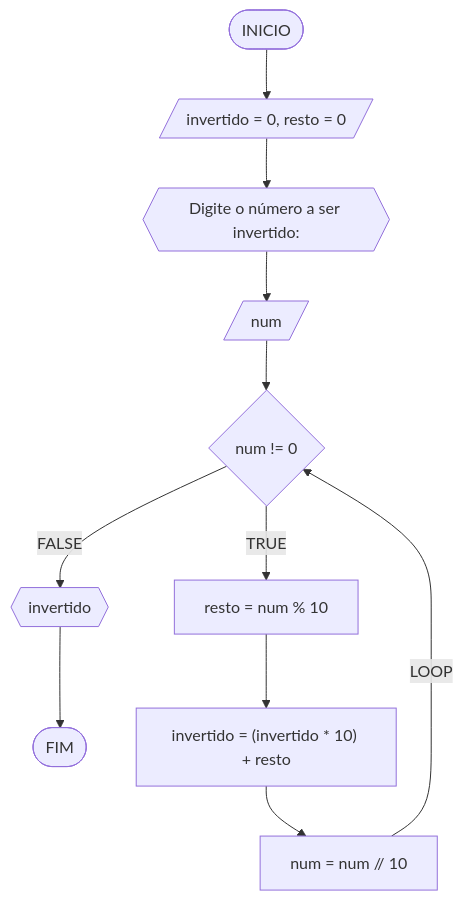
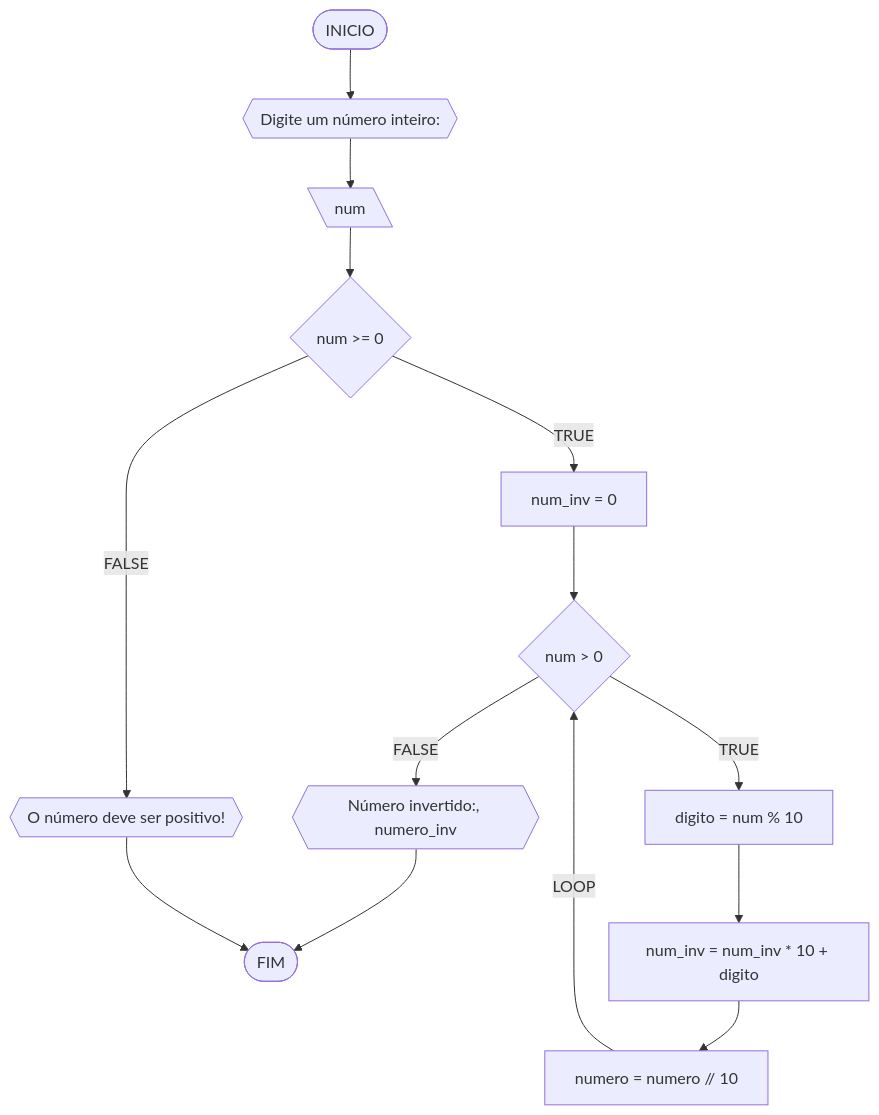
The seventh of 7 diagrams in RLA/unidade1/AD1.md (AlissonFT2/unifor), drawn with Mermaid before and after one commit. The commit also changed other lines of this file, not shown here.

````diff
--- a/RLA/unidade1/AD1.md
+++ b/RLA/unidade1/AD1.md
@@ -358,13 +357,16 @@
 ```mermaid
 flowchart TD
-A([INICIO]) --> B[/invertido = 0, resto = 0/]
-B --> C{{Digite o número a ser invertido: }}
-C --> D[/num/]
-D --> E{num != 0}
-E --FALSE--> I{{invertido}}
-I --> Z([FIM])
-E --TRUE--> F[resto = num % 10]
-F --> G["invertido = (invertido * 10) + resto"]
-G --> H[num = num // 10]
-H --LOOP--> E
+A([INICIO]) --> B{{Digite um número inteiro: }}
+B --> C[\num\]
+C --> D{num >= 0}
+D --TRUE--> G[num_inv = 0]
+G --> H{num > 0}
+H --FALSE--> Z{{"Número invertido:", numero_inv}}
+Z --> W([FIM])
+H --TRUE--> I[digito = num % 10]
+I --> J[num_inv = num_inv * 10 + digito]
+J --> K[numero = numero // 10]
+K --LOOP--> H
+D --FALSE--> E{{O número deve ser positivo!}}
+E --> W
 ```
````
